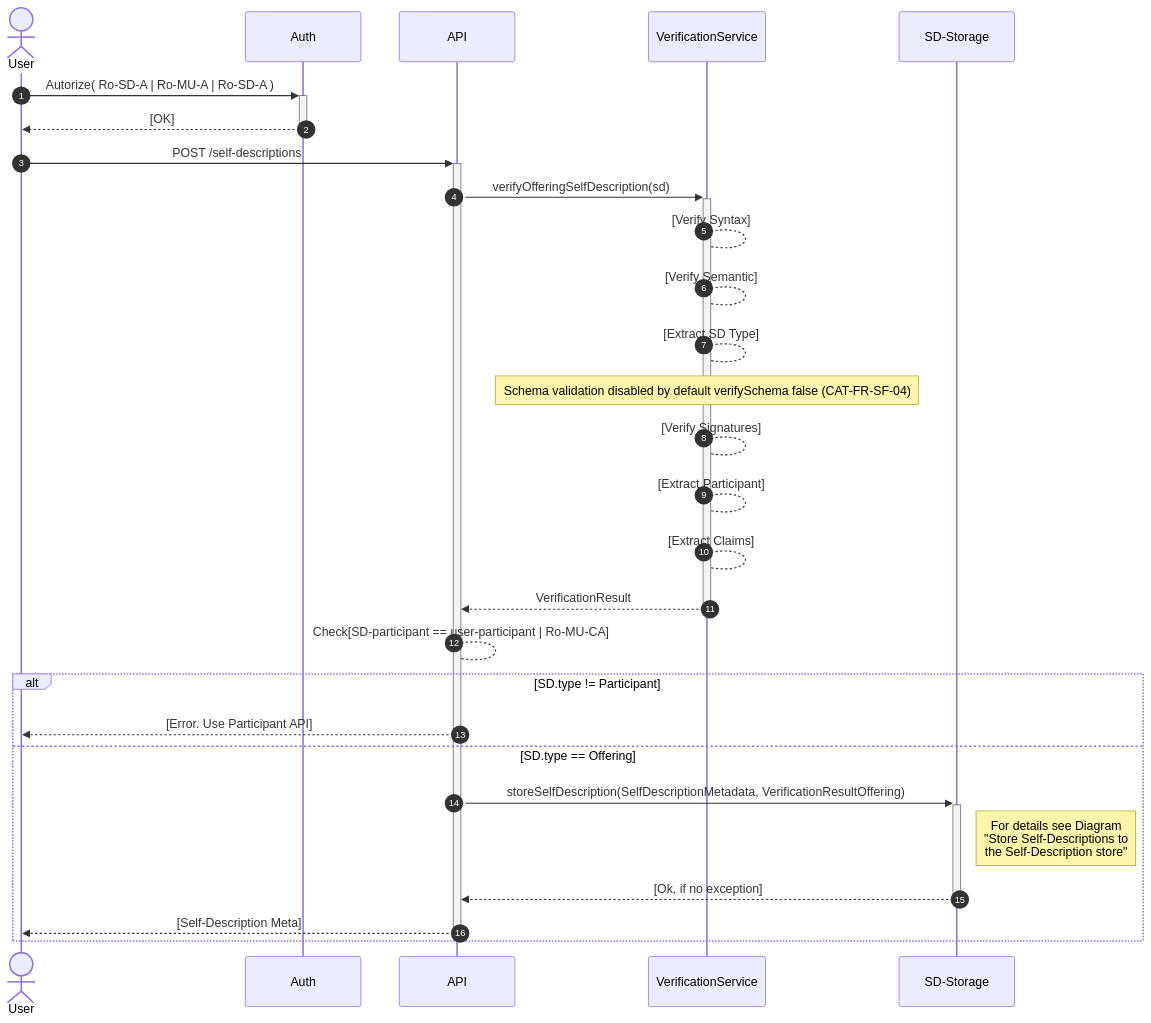
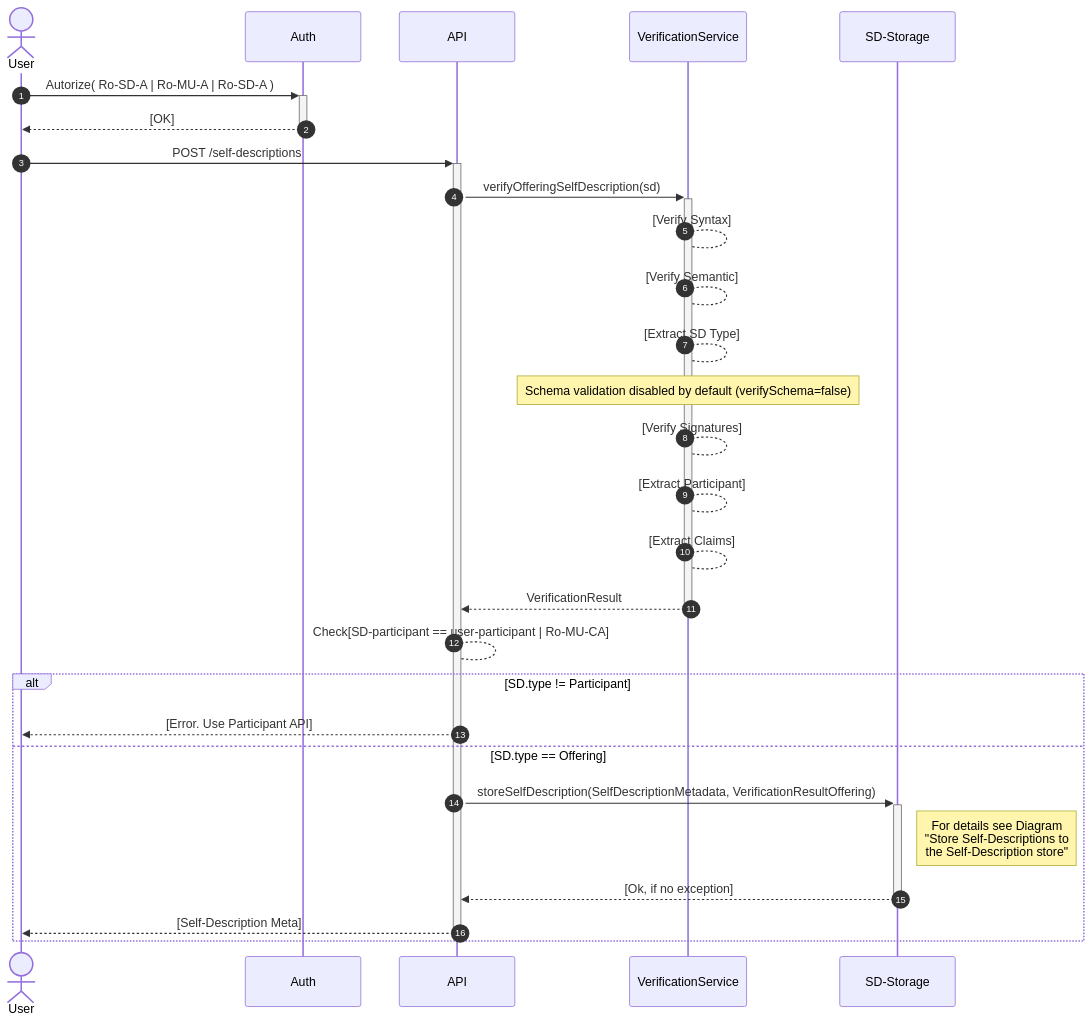
Diagram 17 of 30 in federated-catalogue/src/docs/architecture/chapters/06_runtime_view.adoc (federated-catalogue-enhancements-2026/docs), drawn with Mermaid before and after one commit. The commit also changed other lines of this file and 1 other file, not shown here.

First line of the commit message:
[CAT-FR-SF-04] adding description for refactoring

```diff
--- a/federated-catalogue/src/docs/architecture/chapters/06_runtime_view.adoc
+++ b/federated-catalogue/src/docs/architecture/chapters/06_runtime_view.adoc
@@ -558,31 +558,31 @@
 [mermaid, width=2000]
 ....
 sequenceDiagram
     autonumber
     actor User
     participant Auth
     participant API
     participant VerificationService
     participant SDStore as SD-Storage
     User ->> + Auth:Autorize( Ro-SD-A | Ro-MU-A | Ro-SD-A )
     Auth -->> - User:[OK]
     User ->> + API:POST /self-descriptions
     API ->> + VerificationService:verifyOfferingSelfDescription(sd)
     VerificationService --> VerificationService:[Verify Syntax]
     VerificationService --> VerificationService:[Verify Semantic]
     VerificationService --> VerificationService:[Extract SD Type]
-    Note over VerificationService: Schema validation disabled by default verifySchema false (CAT-FR-SF-04)
+    Note over VerificationService: Schema validation disabled by default (verifySchema=false)
     VerificationService --> VerificationService:[Verify Signatures]
     VerificationService --> VerificationService:[Extract Participant]
     VerificationService --> VerificationService:[Extract Claims]
     VerificationService -->> - API:VerificationResult
     API --> API:Check[SD-participant == user-participant | Ro-MU-CA]
     alt SD.type != Participant
         API -->> User: [Error. Use Participant API]
     else SD.type == Offering
         API ->> + SDStore: storeSelfDescription(SelfDescriptionMetadata, VerificationResultOffering)
     Note right of SDStore: For details see Diagram <br /> "Store Self-Descriptions to <br /> the Self-Description store"
         SDStore -->> - API: [Ok, if no exception]
         API -->> - User:[Self-Description Meta]
     end
 ....
```
